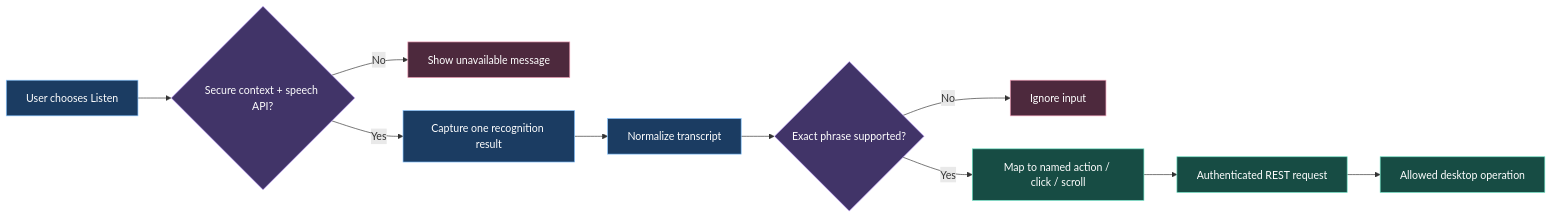
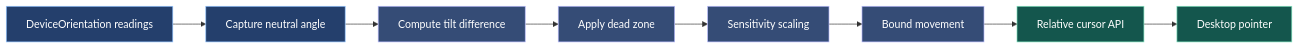
Before and after one commit to pushkkal0201-bit/Air_Cursor: the fourth of 5 diagrams in README.md, drawn with Mermaid. The commit also changed other lines of this file, not shown here.

Commit message:
docs: refine AirCursor README with professional architecture, controls and setup

```diff
--- a/README.md
+++ b/README.md
@@ -564,20 +284,17 @@
 ~~~mermaid
 flowchart LR
-  MIC["User chooses Listen"] --> SEC{"Secure context + speech API?"}
-  SEC -->|No| WARN["Show unavailable message"]
-  SEC -->|Yes| REC["Capture one recognition result"]
-  REC --> NORM["Normalize transcript"]
-  NORM --> MATCH{"Exact phrase supported?"}
-  MATCH -->|No| IGNORE["Ignore input"]
-  MATCH -->|Yes| MAP["Map to named action / click / scroll"]
-  MAP --> API["Authenticated REST request"]
-  API --> SYS["Allowed desktop operation"]
-  classDef mic fill:#1B3C62,stroke:#87C5FF,color:#FFFFFF;
-  classDef gate fill:#413468,stroke:#C4A5FF,color:#FFFFFF;
-  classDef success fill:#174C44,stroke:#6BE1C3,color:#FFFFFF;
-  classDef stop fill:#4D293D,stroke:#EF9DB5,color:#FFFFFF;
-  class MIC,REC,NORM mic;
-  class SEC,MATCH gate;
-  class MAP,API,SYS success;
-  class WARN,IGNORE stop;
+  SENSOR["DeviceOrientation readings"] --> CAL["Capture neutral angle"]
+  CAL --> DELTA["Compute tilt difference"]
+  DELTA --> DEAD["Apply dead zone"]
+  DEAD --> GAIN["Sensitivity scaling"]
+  GAIN --> CAP["Bound movement"]
+  CAP --> API["Relative cursor API"]
+  API --> CURSOR["Desktop pointer"]
+
+  classDef sensing fill:#243F6C,stroke:#91C3FF,color:#FFFFFF;
+  classDef math fill:#354C76,stroke:#B6B9FA,color:#FFFFFF;
+  classDef action fill:#14564D,stroke:#7EE2BC,color:#FFFFFF;
+  class SENSOR,CAL sensing;
+  class DELTA,DEAD,GAIN,CAP math;
+  class API,CURSOR action;
 ~~~
```
